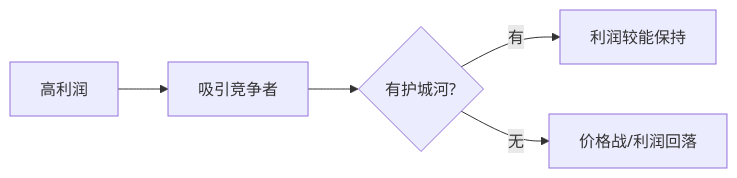
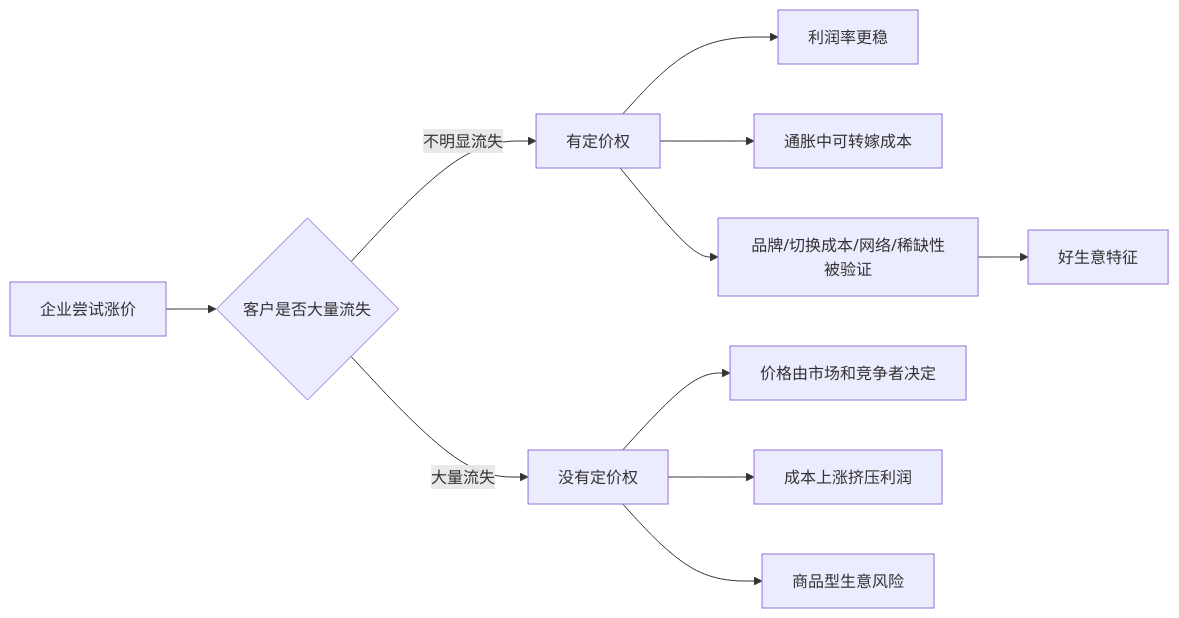
The diagram in 202605/20260519_12.md (digoal/blog), drawn with Mermaid before and after one commit. The commit also changed other lines of this file and 51 other files, not shown here.

````diff
--- a/202605/20260519_12.md
+++ b/202605/20260519_12.md
@@ -22,7 +24,14 @@
 ```mermaid
 flowchart LR
-  A["高利润"] --> B["吸引竞争者"]
-  B --> C{"有护城河?"}
-  C -- "有" --> D["利润较能保持"]
-  C -- "无" --> E["价格战/利润回落"]
+  A["企业尝试涨价"] --> B{"客户是否大量流失"}
+  B -- "不明显流失" --> C["有定价权"]
+  C --> D["利润率更稳"]
+  C --> E["通胀中可转嫁成本"]
+  C --> F["品牌/切换成本/网络/稀缺性被验证"]
+  F --> G["好生意特征"]
+
+  B -- "大量流失" --> H["没有定价权"]
+  H --> I["价格由市场和竞争者决定"]
+  H --> J["成本上涨挤压利润"]
+  H --> K["商品型生意风险"]
 ```
````
